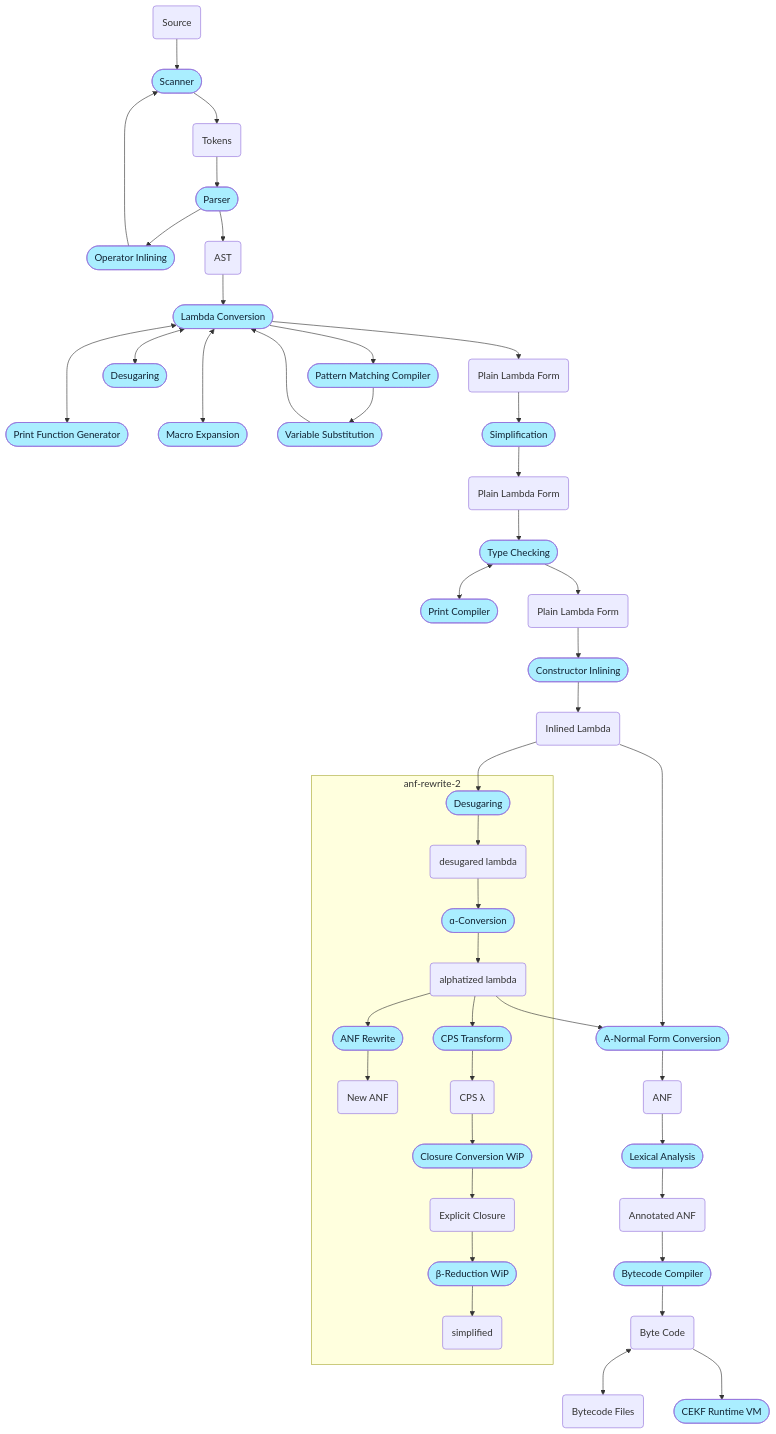
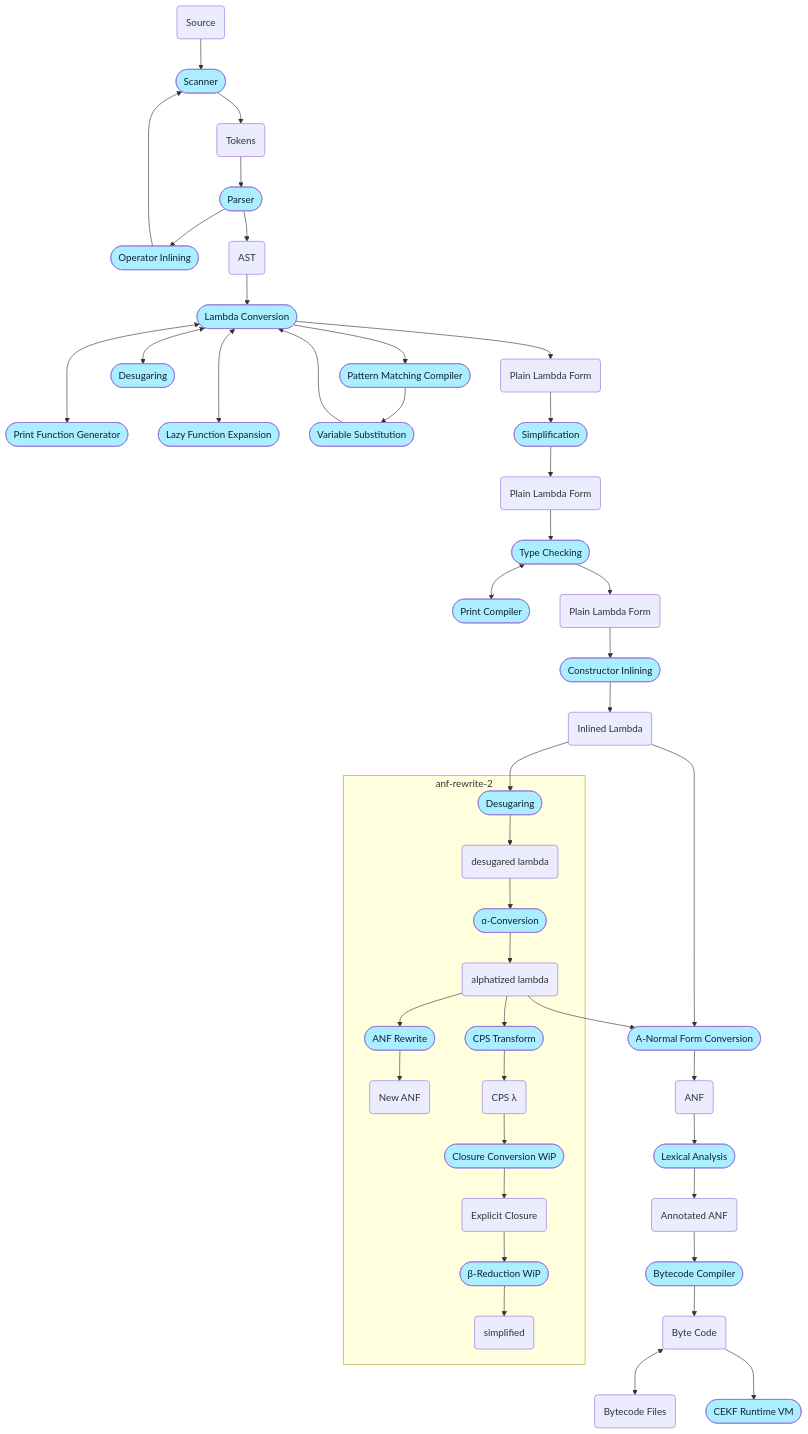
One commit to billhails/CEKF changed the diagram in README.md. Above: the diagram before and after it, drawn with Mermaid. The commit also changed other lines of this file, not shown here.

Commit message:
fixed README wrt lazy fn

````diff
--- a/README.md
+++ b/README.md
@@ -75,50 +75,50 @@
 ```mermaid
 flowchart TD
 classDef process fill:#aef,color:#123;
 source(Source) -->
 scanner([Scanner]):::process -->
 tokens(Tokens) -->
 parser([Parser]):::process
 parser --> oi([Operator Inlining]):::process
 oi --> scanner
 parser --> ast(AST) -->
 lc([Lambda Conversion]):::process --> tpmc([Pattern Matching Compiler]):::process
 lc <---> pg([Print Function Generator]):::process
-lc <---> me([Macro Expansion]):::process
+lc <---> me([Lazy Function Expansion]):::process
 tpmc --> vs([Variable Substitution]):::process
 vs --> lc
 lc <--> des([Desugaring]):::process
 lc --> lambda0(Plain Lambda Form)
 lambda0 --> sim([Simplification]):::process
 sim --> lambda1(Plain Lambda Form)
 lambda1 --> tc([Type Checking]):::process
 tc <--> pc([Print Compiler]):::process
 tc --> lambda2(Plain Lambda Form)
 lambda2 --> ci([Constructor Inlining]):::process
 ci --> lambda3(Inlined Lambda)
 subgraph anf-rewrite-2
    desugaring(["Desugaring"]):::process
    desugaring --> lambda_ds(desugared lambda)
    lambda_ds --> alpha(["ɑ-Conversion"]):::process
    alpha --> lambda_a(alphatized lambda)
    lambda_a --> anfr([ANF Rewrite]):::process
    anfr --> lambda_b(New ANF)
 
    lambda_a --> cps([CPS Transform]):::process
    cps --> lambda_e("CPS λ")
    lambda_e --> cloc([Closure Conversion WiP]):::process
    cloc --> lambda_c(Explicit Closure)
    lambda_c --> betar(["β-Reduction WiP"]):::process
    betar --> lambda_d(simplified)
 end
 lambda3 --> desugaring
 lambda3 --> anfc
 lambda_a --> anfc([A-Normal Form Conversion]):::process
 anfc --> anf(ANF)
 anf --> lexa([Lexical Analysis]):::process
 lexa --> ann(Annotated ANF)
 ann --> bcc([Bytecode Compiler]):::process
 bcc --> bc(Byte Code)
 bc <--> bcf(Bytecode Files)
 bc --> cekf([CEKF Runtime VM]):::process
 ```
````
